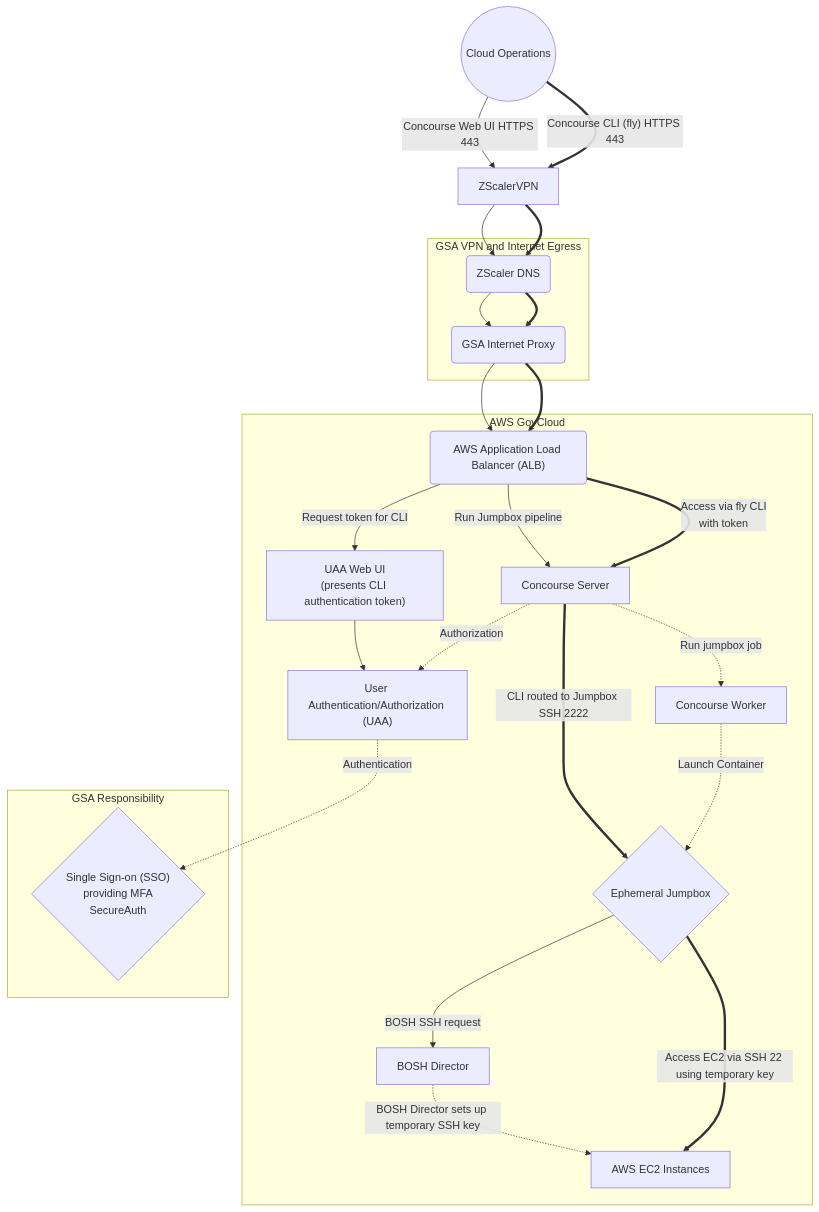
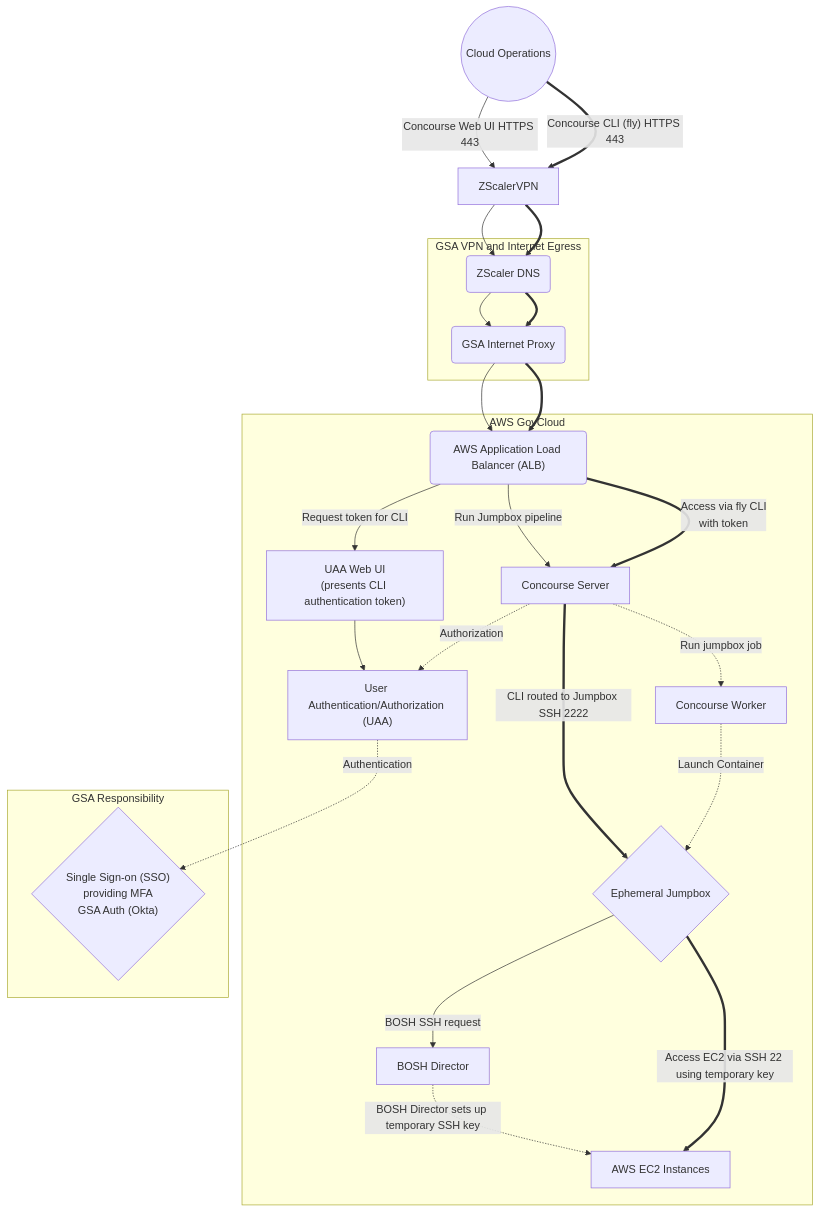
Before and after one commit to cloud-gov/system-diagrams: the diagram in source/diagrams/10-4.2-jumpbox.mmd, drawn with Mermaid. The commit also changed 2 other files, not shown here.

```diff
--- a/source/diagrams/10-4.2-jumpbox.mmd
+++ b/source/diagrams/10-4.2-jumpbox.mmd
@@ -1,37 +1,37 @@
 %% title: 10-4.2 Jumpbox Data Flow
 %% description: Section 10 - System Environment - Figure 10-4.2 Jumpbox Data Flow
 graph TD
 
   subgraph AWS GovCloud
     UAA["User Authentication/Authorization (UAA)"]
     concourse["Concourse Server"]
     worker[Concourse Worker]
     Jumpbox{Ephemeral Jumpbox}
     BOSH[BOSH Director]
     EC2[AWS EC2 Instances]
     ALB("AWS Application Load Balancer (ALB)")
     opsuaaweb["UAA Web UI<br>(presents CLI authentication token)"]
   end
   subgraph GSA Responsibility
-    SAML{"Single Sign-on (SSO)<br>providing MFA<br>SecureAuth"}
+    SAML{"Single Sign-on (SSO)<br>providing MFA<br>GSA Auth (Okta)"}
   end
   subgraph GSA VPN and Internet Egress
     ZScalerDNS("ZScaler DNS")
     GSAProxy("GSA Internet Proxy")
   end
 
   Ops((Cloud Operations))
 
   Ops--"Concourse Web UI HTTPS 443"-->ZScalerVPN-->ZScalerDNS-->GSAProxy-->ALB
   Ops=="Concourse CLI (fly) HTTPS 443"==>ZScalerVPN==>ZScalerDNS==>GSAProxy==>ALB
   ALB--Run Jumpbox pipeline-->concourse
   ALB==Access via fly CLI<br>with token==>concourse
   concourse==CLI routed to Jumpbox SSH 2222==>Jumpbox
   ALB--Request token for CLI-->opsuaaweb-->UAA
   UAA-.Authentication.->SAML
   concourse-.Authorization.->UAA
   concourse-.Run jumpbox job.->worker
   worker-.Launch Container.->Jumpbox
   Jumpbox--BOSH SSH request-->BOSH
   BOSH-.BOSH Director sets up temporary SSH key.->EC2
   Jumpbox==Access EC2 via SSH 22 using temporary key==>EC2
```
